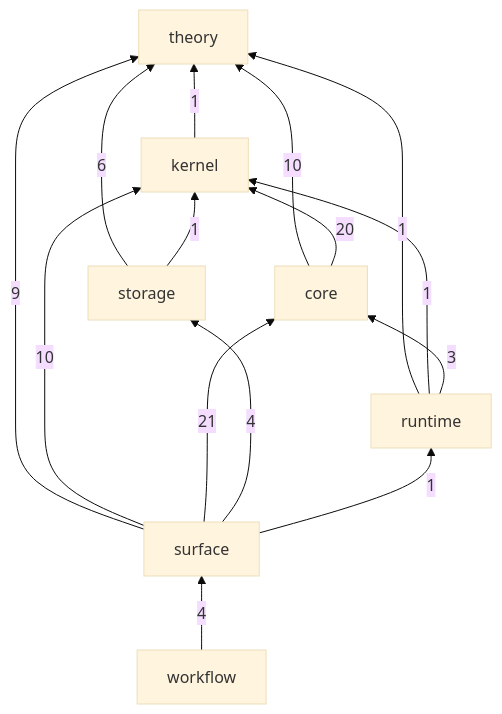
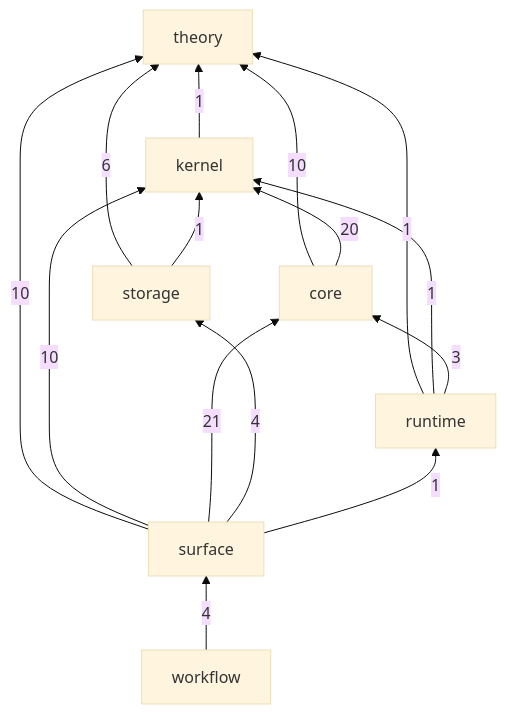
Before and after one commit to gandr-lang/gandr: the diagram in crates/README.md, drawn with Mermaid (base theme). The commit also changed 1453 other files, not shown here.

````diff
--- a/crates/README.md
+++ b/crates/README.md
@@ -32,24 +32,24 @@
 ```mermaid
 flowchart BT
   theory
   kernel
   core
   storage
   runtime
   surface
   workflow
   kernel -->|1| theory
   core -->|10| theory
   core -->|20| kernel
   storage -->|6| theory
   storage -->|1| kernel
   runtime -->|1| theory
   runtime -->|1| kernel
   runtime -->|3| core
-  surface -->|9| theory
+  surface -->|10| theory
   surface -->|10| kernel
   surface -->|21| core
   surface -->|4| storage
   surface -->|1| runtime
   workflow -->|4| surface
 ```
````
